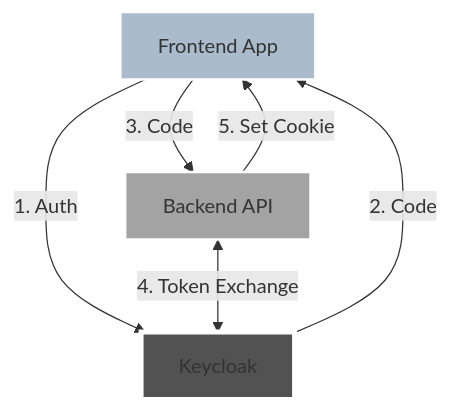
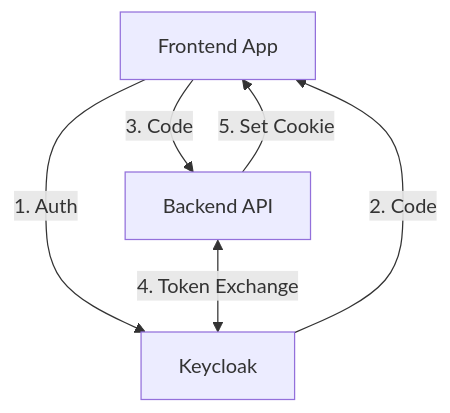
The second of 3 diagrams in blog-post.md (Iteam1337/poc-sso), drawn with Mermaid before and after one commit. The commit also changed other lines of this file and 1 other file, not shown here.

Commit message:
style: Remove custom colors from Mermaid charts

````diff
--- a/blog-post.md
+++ b/blog-post.md
@@ -44,12 +40,8 @@
 ```mermaid
 graph TD
     A[Frontend App] -->|1. Auth| K[Keycloak]
     K -->|2. Code| A
     A -->|3. Code| B[Backend API]
     B <-->|4. Token Exchange| K
     B -->|5. Set Cookie| A
-
-    style A fill:#aabbcc,stroke:#ffffff,stroke-width:2px
-    style B fill:#a3a3a3,stroke:#ffffff,stroke-width:2px
-    style K fill:#525252,stroke:#ffffff,stroke-width:4px
 ```
````
